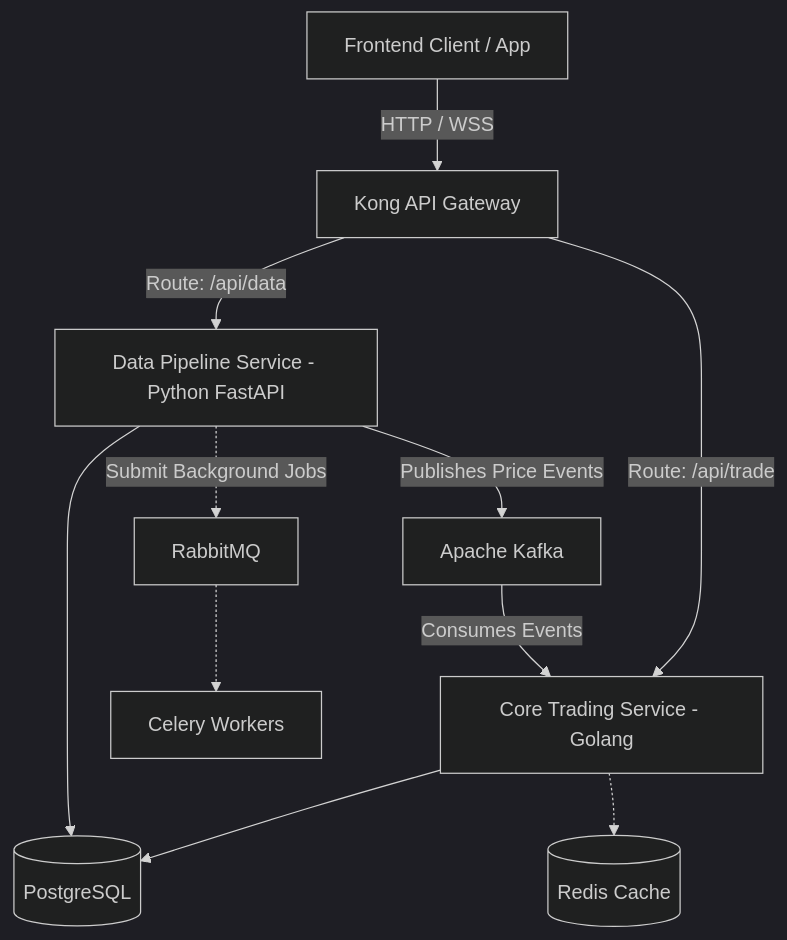
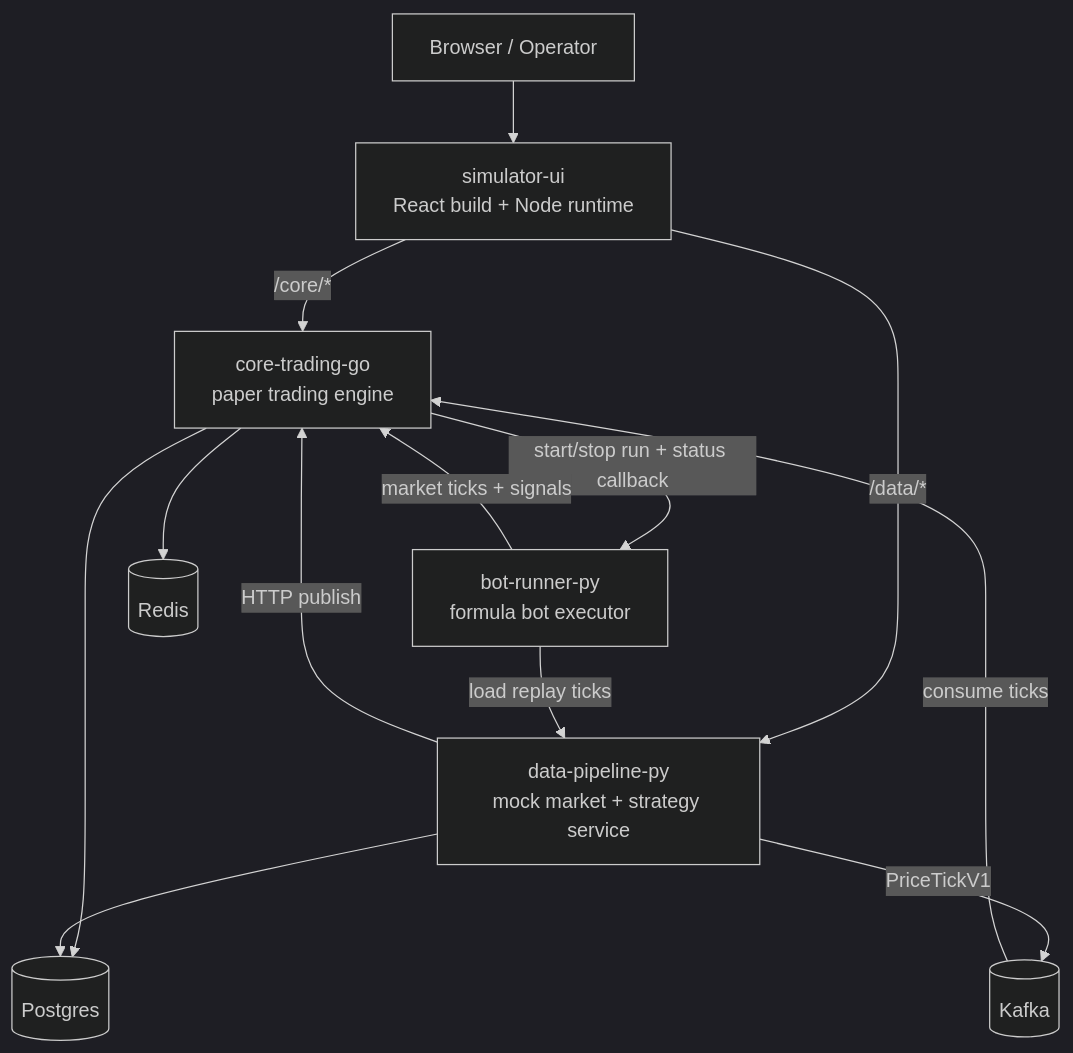
Before and after one commit to LongKunno/training_technical: the diagram in docs/architecture.md, drawn with Mermaid (dark theme). The commit also changed other lines of this file and 201 other files, not shown here.

````diff
--- a/docs/architecture.md
+++ b/docs/architecture.md
@@ -9,16 +7,17 @@
 ```mermaid
 graph TD
-    UI[Frontend Client / App] -->|HTTP / WSS| Kong[Kong API Gateway]
-    Kong -->|Route: /api/trade| GoCore[Core Trading Service - Golang]
-    Kong -->|Route: /api/data| PyWorker[Data Pipeline Service - Python FastAPI]
-    
-    PyWorker -->|Publishes Price Events| Kafka[Apache Kafka]
-    Kafka -->|Consumes Events| GoCore
-    
-    PyWorker -.->|Submit Background Jobs| RabbitMQ[RabbitMQ]
-    RabbitMQ -.-> Celery[Celery Workers]
-    
-    GoCore --> Postgres[(PostgreSQL)]
-    GoCore -.-> Redis[(Redis Cache)]
-    PyWorker --> Postgres
+    Browser[Browser / Operator] --> UI[simulator-ui<br/>React build + Node runtime]
+    UI -->|/core/*| Core[core-trading-go<br/>paper trading engine]
+    UI -->|/data/*| Data[data-pipeline-py<br/>mock market + strategy service]
+
+    Data -->|HTTP publish| Core
+    Data -->|PriceTickV1| Kafka[(Kafka)]
+    Kafka -->|consume ticks| Core
+    Core -->|start/stop run + status callback| Runner[bot-runner-py<br/>formula bot executor]
+    Runner -->|load replay ticks| Data
+    Runner -->|market ticks + signals| Core
+
+    Core --> Postgres[(Postgres)]
+    Data --> Postgres
+    Core --> Redis[(Redis)]
 ```
````
